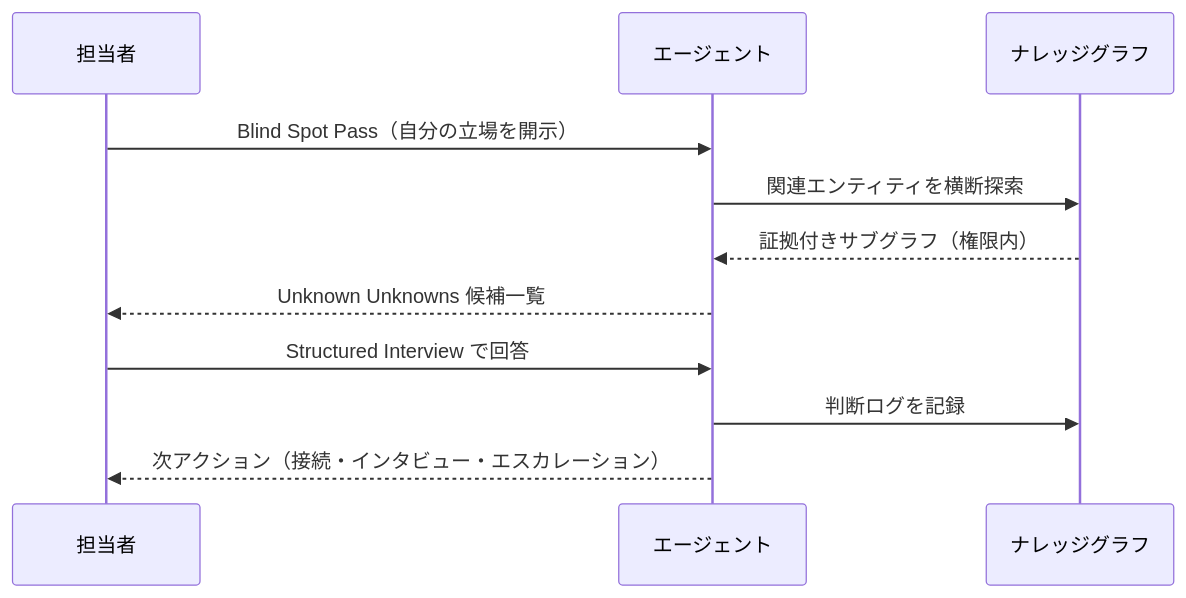
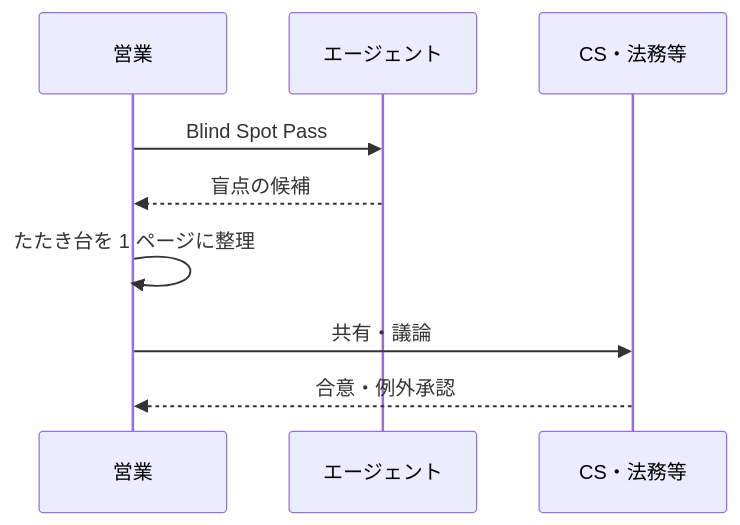
Before and after one commit to DevRev-JP/tech-blog: the diagram in articles/fable5-finding-unknowns-enterprise.md, drawn with Mermaid. The commit also changed other lines of this file, not shown here.

First line of the commit message:
Update fable5-finding-unknowns-enterprise: 組織視点・プロンプト例・レビュー反映

````diff
--- a/articles/fable5-finding-unknowns-enterprise.md
+++ b/articles/fable5-finding-unknowns-enterprise.md
@@ -133,14 +113,12 @@
 ```mermaid
 sequenceDiagram
-    participant User as 担当者
+    participant Sales as 営業
     participant Agent as エージェント
-    participant KG as ナレッジグラフ
+    participant Team as CS・法務等
 
-    User->>Agent: Blind Spot Pass（自分の立場を開示）
-    Agent->>KG: 関連エンティティを横断探索
-    KG-->>Agent: 証拠付きサブグラフ（権限内）
-    Agent-->>User: Unknown Unknowns 候補一覧
-    User->>Agent: Structured Interview で回答
-    Agent->>KG: 判断ログを記録
-    Agent-->>User: 次アクション（接続・インタビュー・エスカレーション）
+    Sales->>Agent: Blind Spot Pass
+    Agent-->>Sales: 盲点の候補
+    Sales->>Sales: たたき台を 1 ページに整理
+    Sales->>Team: 共有・議論
+    Team-->>Sales: 合意・例外承認
 ```
````
